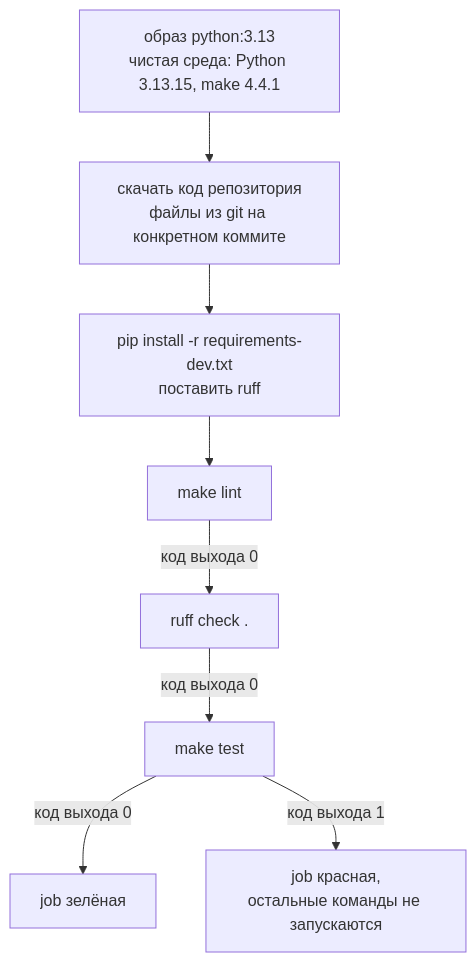
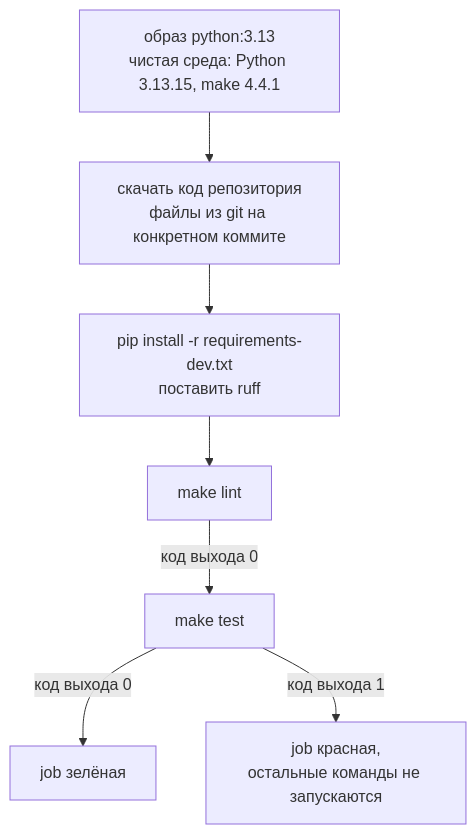
One commit to distinguished-sre/learning changed the second of 5 diagrams in devops/03-git-ci/06-gitlab-ci-jenkins.md. Above: the diagram before and after it, drawn with Mermaid. The commit also changed other lines of this file and 346 other files, not shown here.

````diff
--- a/devops/03-git-ci/06-gitlab-ci-jenkins.md
+++ b/devops/03-git-ci/06-gitlab-ci-jenkins.md
@@ -65,10 +80,9 @@
 ```mermaid
 flowchart TD
     I["образ python:3.13<br>чистая среда: Python 3.13.15, make 4.4.1"] --> C["скачать код репозитория<br>файлы из git на конкретном коммите"]
     C --> P["pip install -r requirements-dev.txt<br>поставить ruff"]
     P --> L["make lint"]
-    L -->|"код выхода 0"| R["ruff check ."]
-    R -->|"код выхода 0"| T["make test"]
+    L -->|"код выхода 0"| T["make test"]
     T -->|"код выхода 0"| G["job зелёная"]
     T -->|"код выхода 1"| X["job красная,<br>остальные команды не запускаются"]
 ```
````
